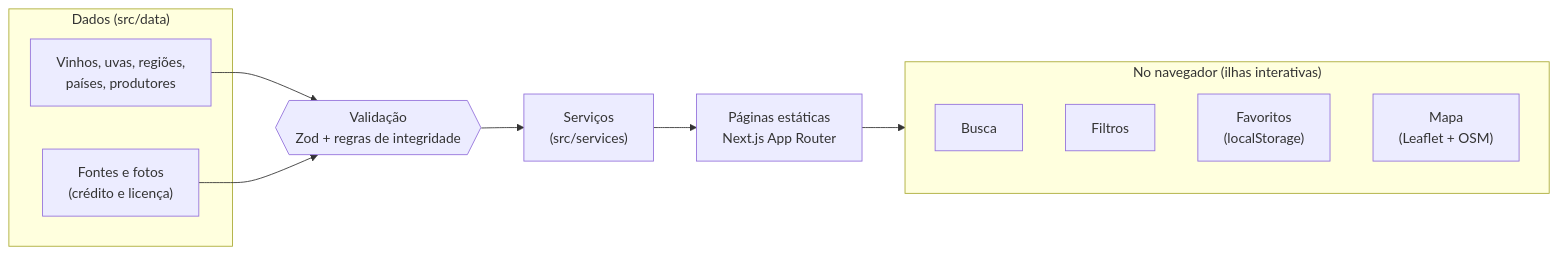
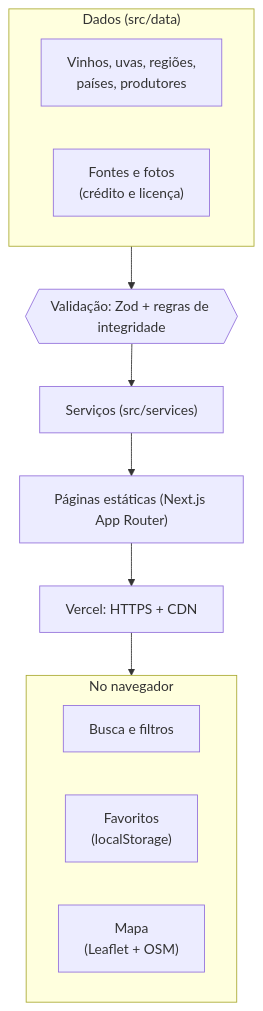
Before and after one commit to KaioSilva14/Projeto-Pesquisa-Vinhos: the diagram in README.md, drawn with Mermaid. The commit also changed other lines of this file and 5 other files, not shown here.

````diff
--- a/README.md
+++ b/README.md
@@ -131,19 +135,19 @@
 ```mermaid
-flowchart LR
+flowchart TB
   subgraph Dados["Dados (src/data)"]
+    direction LR
     D1["Vinhos, uvas, regiões,<br>países, produtores"]
     D2["Fontes e fotos<br>(crédito e licença)"]
   end
-  V{{"Validação<br>Zod + regras de integridade"}}
-  S["Serviços<br>(src/services)"]
-  P["Páginas estáticas<br>Next.js App Router"]
-  subgraph Navegador["No navegador (ilhas interativas)"]
-    B["Busca"]
-    F["Filtros"]
+  V{{"Validação: Zod + regras de integridade"}}
+  S["Serviços (src/services)"]
+  P["Páginas estáticas (Next.js App Router)"]
+  CDN["Vercel: HTTPS + CDN"]
+  subgraph Navegador["No navegador"]
+    direction LR
+    B["Busca e filtros"]
     FV["Favoritos<br>(localStorage)"]
     M["Mapa<br>(Leaflet + OSM)"]
   end
-  D1 --> V
-  D2 --> V
-  V --> S --> P --> Navegador
+  Dados --> V --> S --> P --> CDN --> Navegador
 ```
````
